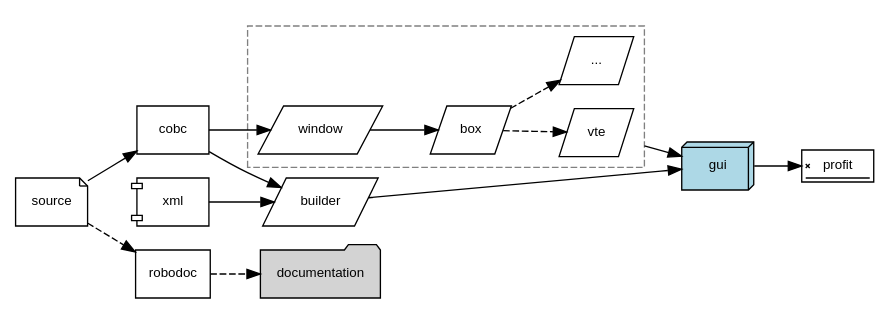
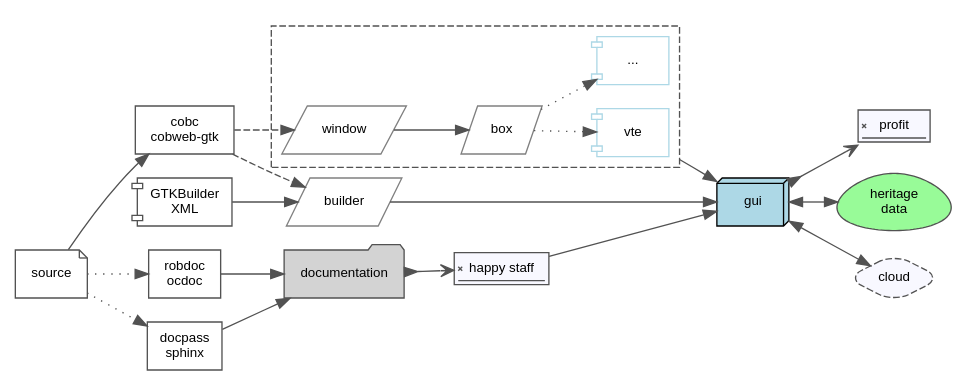
The diagram in tools/cobweb/cobweb-gtk/cobweb-gtk.dot (OCamlPro/gnucobol-contrib2), drawn with Graphviz before and after one commit. The commit also changed 18 other files, not shown here.

```diff
--- a/tools/cobweb/cobweb-gtk/cobweb-gtk.dot
+++ b/tools/cobweb/cobweb-gtk/cobweb-gtk.dot
@@ -1,28 +1,44 @@
 digraph G {
   subgraph cluster_widgets {
       style=dashed;
-      color=gray;
+      color=gray32;
+      edge [fontname="Helvetica",fontsize=10,labelfontname="Helvetica",labelfontsize=10,color=gray32];
       node [fontname="Helvetica",fontsize=10,shape=box];
       window -> box;
-      box -> vte [style=dashed];
-      box -> "..." [style=dashed];
-      window, box, vte, "..." [shape=parallelogram];
+      box -> vte [style=dotted];
+      box -> "..." [style=dotted];
+      window, box [shape=parallelogram,color=gray];
+      vte, "..." [shape=component,color=lightblue];
   }
-  edge [fontname="Helvetica",fontsize=10,labelfontname="Helvetica",labelfontsize=10];
-  node [fontname="Helvetica",fontsize=10,shape=box];
+  edge [fontname="Helvetica",fontsize=10,labelfontname="Helvetica",labelfontsize=10,color=gray32];
+  node [fontname="Helvetica",fontsize=10,shape=box,color=gray32];
   rankdir=LR;
   compound=true;
   source -> cobc;
-  cobc -> builder -> gui;
+  cobc [label="cobc\ncobweb-gtk"];
+  cobc -> builder [style=dashed];
+  builder -> gui;
+  xml [shape=component,label="GTKBuilder\nXML"];
   xml -> builder;
-  cobc -> window;
+  cobc -> window [style=dashed];
   vte -> gui [ltail=cluster_widgets];
-  gui -> profit;
-  source -> robodoc -> documentation [style="dashed"];
-  xml [shape=component];
-  builder [shape=parallelogram];
+  gui -> profit [arrowhead=open,arrowtail=inv,dir=both];
+  source -> robodoc [style=dotted];
+  source -> docpass [style=dotted];
+  robodoc [label="robdoc\nocdoc"];
+  docpass [label="docpass\nsphinx"];
+  robodoc -> documentation;
+  docpass -> documentation;
+  builder [shape=parallelogram,color=gray];
   documentation [shape=folder,fillcolor=lightgray,style=filled];
-  gui [fillcolor=lightblue,style=filled,shape=box3d];
-  profit [shape=signature];
+  documentation->happy [arrowhead=open,arrowtail=inv,dir=both];
+  gui [fillcolor=lightblue,style=filled,shape=box3d,color=black];
+  profit [shape=signature,fillcolor=ghostwhite,style=filled];
+  happy [shape=signature,fillcolor=ghostwhite,style=filled,label="happy staff"];
+  happy -> gui;
+  gui -> legacydata [dir=both];
+  gui -> cloud [dir=both];
+  legacydata [shape=egg,style=filled,fillcolor=palegreen,label="heritage\ndata"];
+  cloud [shape=diamond,style="rounded,dashed,filled",label="cloud",fillcolor=ghostwhite];
   source [shape=note];
 }
```
